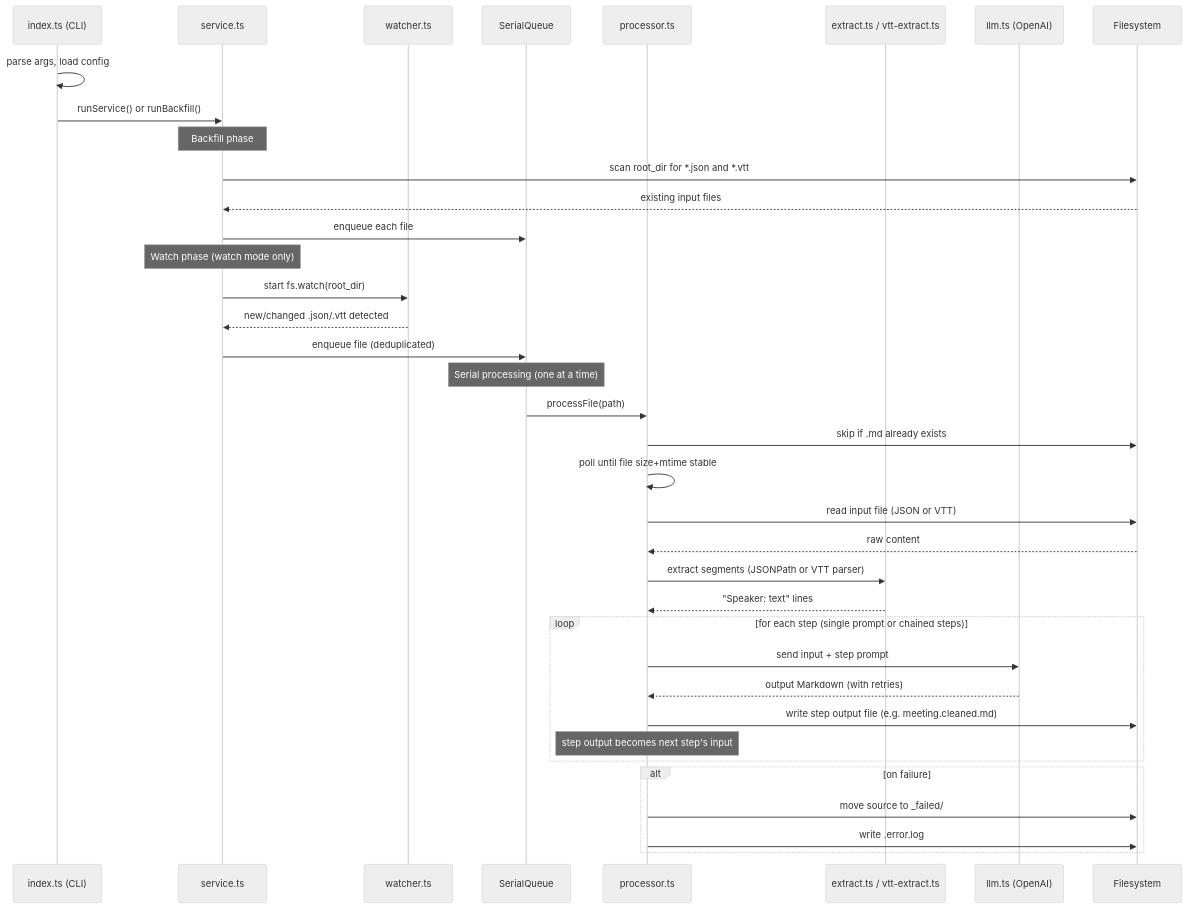
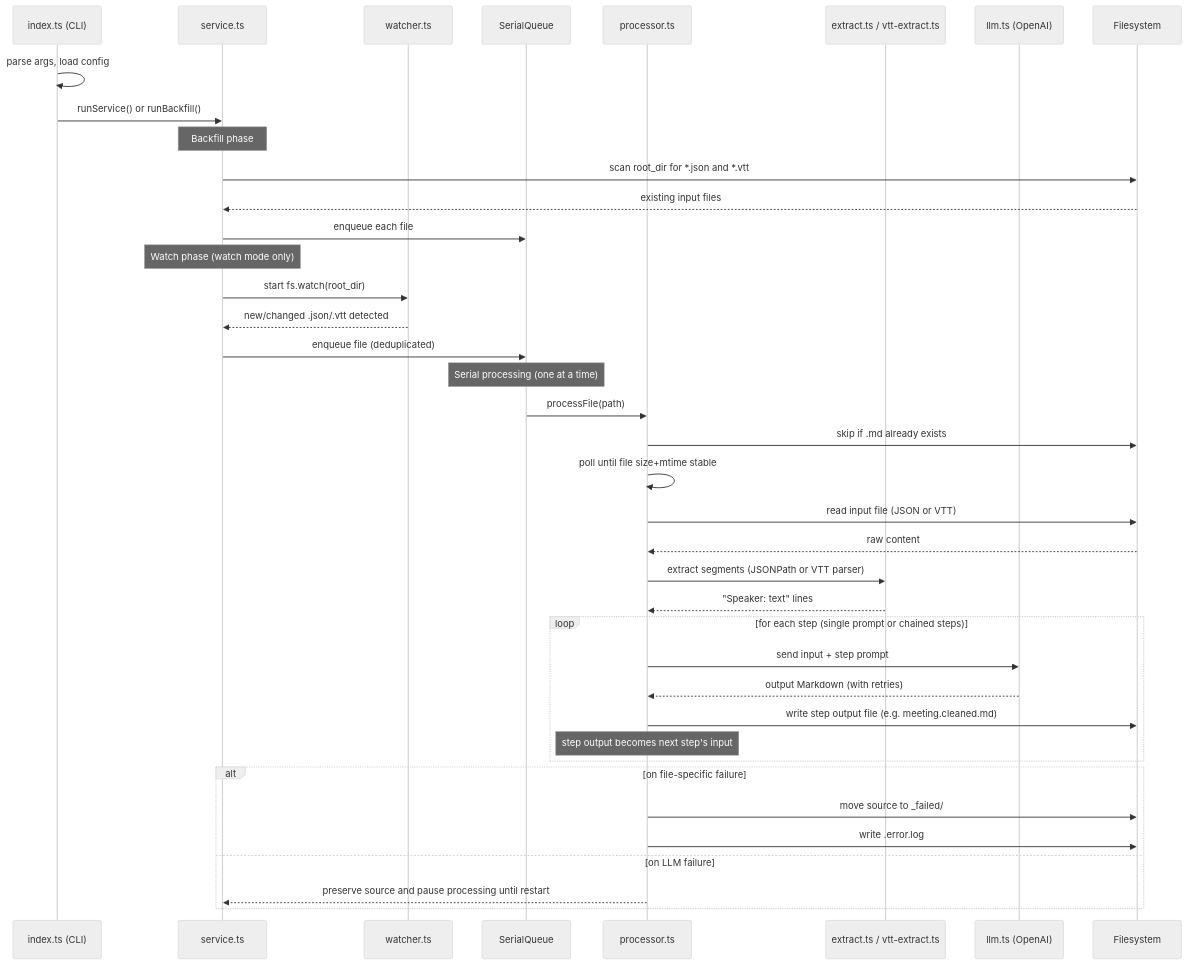
Before and after one commit to adawalli/cassette: the diagram in README.md, drawn with Mermaid (neutral theme). The commit also changed other lines of this file and 10 other files, not shown here.

````diff
--- a/README.md
+++ b/README.md
@@ -12,44 +12,46 @@
 ```mermaid
 sequenceDiagram
     participant CLI as index.ts (CLI)
     participant Svc as service.ts
     participant Watcher as watcher.ts
     participant Queue as SerialQueue
     participant Proc as processor.ts
     participant Extract as extract.ts / vtt-extract.ts
     participant LLM as llm.ts (OpenAI)
     participant FS as Filesystem
 
     CLI->>CLI: parse args, load config
     CLI->>Svc: runService() or runBackfill()
 
     Note over Svc: Backfill phase
     Svc->>FS: scan root_dir for *.json and *.vtt
     FS-->>Svc: existing input files
     Svc->>Queue: enqueue each file
 
     Note over Svc: Watch phase (watch mode only)
     Svc->>Watcher: start fs.watch(root_dir)
     Watcher-->>Svc: new/changed .json/.vtt detected
     Svc->>Queue: enqueue file (deduplicated)
 
     Note over Queue: Serial processing (one at a time)
     Queue->>Proc: processFile(path)
     Proc->>FS: skip if .md already exists
     Proc->>Proc: poll until file size+mtime stable
     Proc->>FS: read input file (JSON or VTT)
     FS-->>Proc: raw content
     Proc->>Extract: extract segments (JSONPath or VTT parser)
     Extract-->>Proc: "Speaker: text" lines
     loop for each step (single prompt or chained steps)
         Proc->>LLM: send input + step prompt
         LLM-->>Proc: output Markdown (with retries)
         Proc->>FS: write step output file (e.g. meeting.cleaned.md)
         Note over Proc: step output becomes next step's input
     end
 
-    alt on failure
+    alt on file-specific failure
         Proc->>FS: move source to _failed/
         Proc->>FS: write .error.log
+    else on LLM failure
+        Proc-->>Svc: preserve source and pause processing until restart
     end
 ```
````
